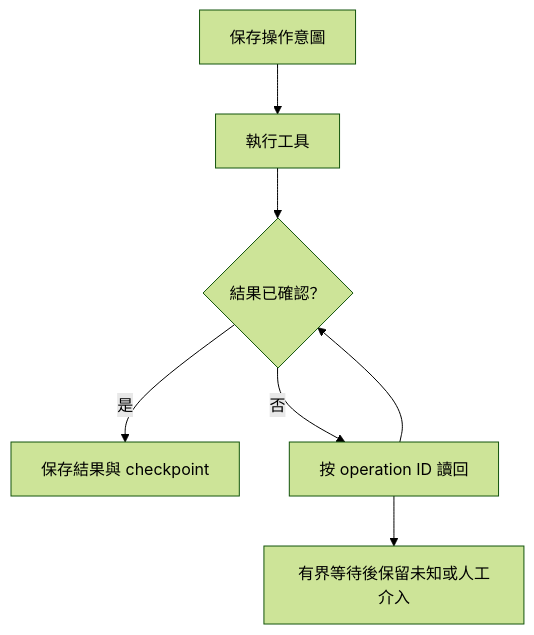
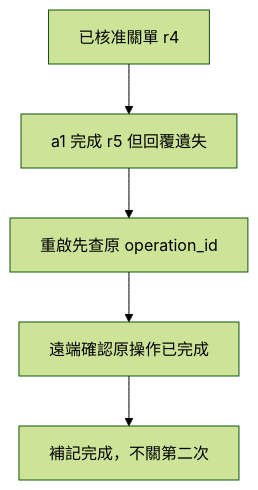
The diagram in chapters/production/12-reliability-and-recovery/lesson.md (easyvibecoding/Agent-Engineering), drawn with Mermaid (forest theme) before and after one commit. The commit also changed other lines of this file and 139 other files, not shown here.

````diff
--- a/chapters/production/12-reliability-and-recovery/lesson.md
+++ b/chapters/production/12-reliability-and-recovery/lesson.md
@@ -37,9 +54,12 @@
 ```mermaid
 flowchart TD
-  I["保存操作意圖"] --> T["執行工具"]
-  T --> O{"結果已確認？"}
-  O -->|是| S["保存結果與 checkpoint"]
-  O -->|否| R["按 operation ID 讀回"]
-  R --> O
-  R --> U["有界等待後保留未知或人工介入"]
+    A["已核准關單 r4"]
+    B["a1 完成 r5 但回覆遺失"]
+    C["重啟先查原 operation_id"]
+    D["遠端確認原操作已完成"]
+    E["補記完成，不關第二次"]
+    A --> B
+    B --> C
+    C --> D
+    D --> E
 ```
````
